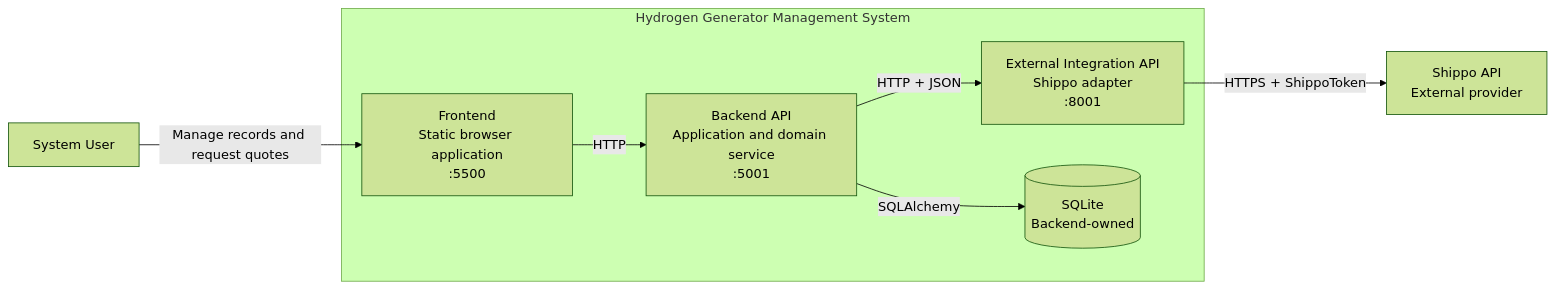
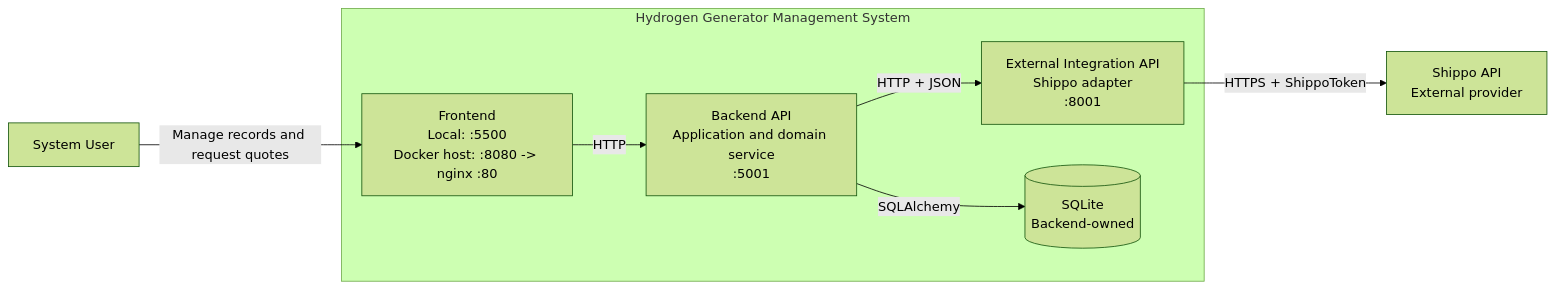
The first of 13 diagrams in OVERALL_ARCHITECTURE.md (Guiga1993/SoftwareArchitecture_API_External), drawn with Mermaid (forest theme) before and after one commit. The commit also changed other lines of this file and 1 other file, not shown here.

Commit message:
architecture update

````diff
--- a/OVERALL_ARCHITECTURE.md
+++ b/OVERALL_ARCHITECTURE.md
@@ -37,19 +54,19 @@
 ```mermaid
 flowchart LR
     User[System User]
 
     subgraph LocalSystem[Hydrogen Generator Management System]
-        Frontend[Frontend<br/>Static browser application<br/>:5500]
+        Frontend[Frontend<br/>Local: :5500<br/>Docker host: :8080 -> nginx :80]
         Backend[Backend API<br/>Application and domain service<br/>:5001]
         Integration[External Integration API<br/>Shippo adapter<br/>:8001]
         DB[(SQLite<br/>Backend-owned)]
     end
 
     Shippo[Shippo API<br/>External provider]
 
     User -->|Manage records and request quotes| Frontend
     Frontend -->|HTTP| Backend
     Backend -->|SQLAlchemy| DB
     Backend -->|HTTP + JSON| Integration
     Integration -->|HTTPS + ShippoToken| Shippo
 ```
````
